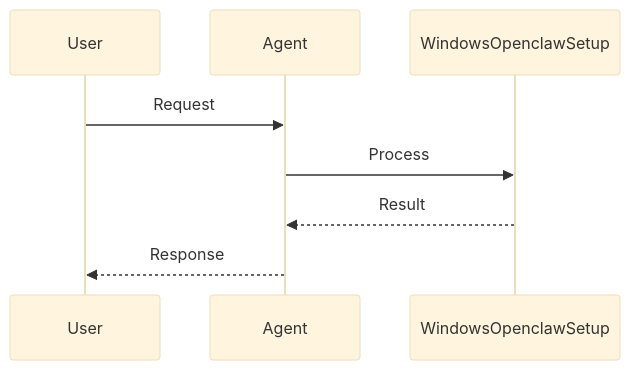
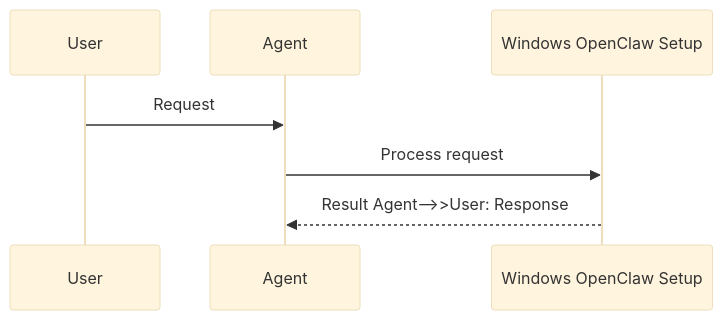
One commit to MervinPraison/PraisonAIDocs changed the second of 2 diagrams in docs/features/windows-openclaw-setup.mdx. Above: the diagram before and after it, drawn with Mermaid (base theme). The commit also changed 204 other files, not shown here.

First line of the commit message:
docs: align feature/tool pages with AGENTS.md hero + sequence + import standards (fixes #1775)

````diff
--- a/docs/features/windows-openclaw-setup.mdx
+++ b/docs/features/windows-openclaw-setup.mdx
@@ -47,11 +47,10 @@
 ```mermaid
 sequenceDiagram
     participant User
     participant Agent
-    participant WindowsOpenclawSetup
+    participant Feature as Windows OpenClaw Setup
 
     User->>Agent: Request
-    Agent->>WindowsOpenclawSetup: Process
-    WindowsOpenclawSetup-->>Agent: Result
-    Agent-->>User: Response
+    Agent->>Feature: Process request
+    Feature-->>Agent: Result    Agent-->>User: Response
 ```
````
